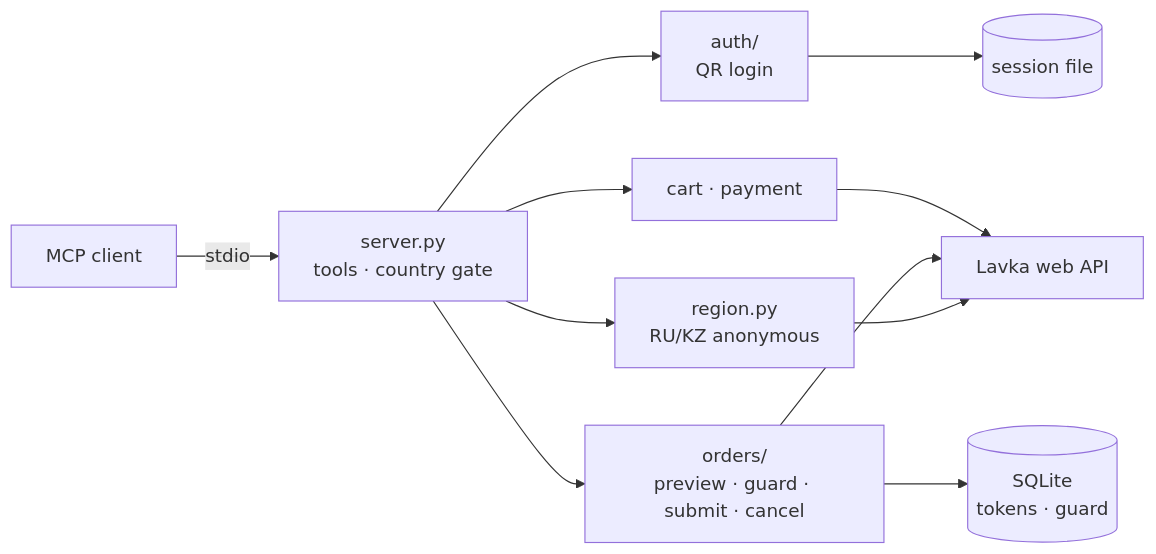
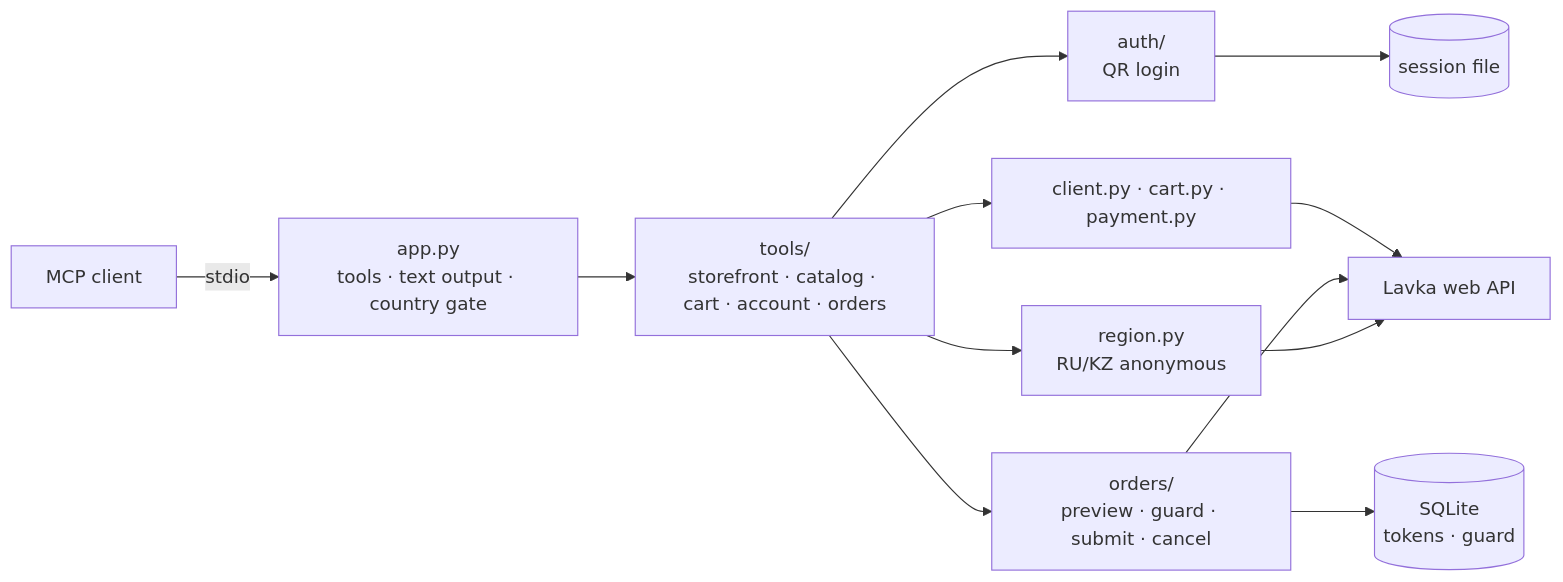
One commit to d3d0n/better-lavka-mcp changed the diagram in README.md. Above: the diagram before and after it, drawn with Mermaid. The commit also changed other lines of this file and 63 other files, not shown here.

First line of the commit message:
Split the server into app, client and tools; lint and type-check in CI; Windows data folder

````diff
--- a/README.md
+++ b/README.md
@@ -151,11 +151,12 @@
 ```mermaid
 flowchart LR
-  C[MCP client] -- stdio --> S[server.py<br>tools · country gate]
-  S --> A[auth/<br>QR login]
-  S --> K[cart · payment]
-  S --> R[region.py<br>RU/KZ anonymous]
-  S --> O[orders/<br>preview · guard · submit · cancel]
+  C[MCP client] -- stdio --> S[app.py<br>tools · text output · country gate]
+  S --> T[tools/<br>storefront · catalog · cart · account · orders]
+  T --> A[auth/<br>QR login]
+  T --> K[client.py · cart.py · payment.py]
+  T --> R[region.py<br>RU/KZ anonymous]
+  T --> O[orders/<br>preview · guard · submit · cancel]
   O --> DB[(SQLite<br>tokens · guard)]
   A --> F[(session file)]
   K & O & R --> L[Lavka web API]
 ```
````
